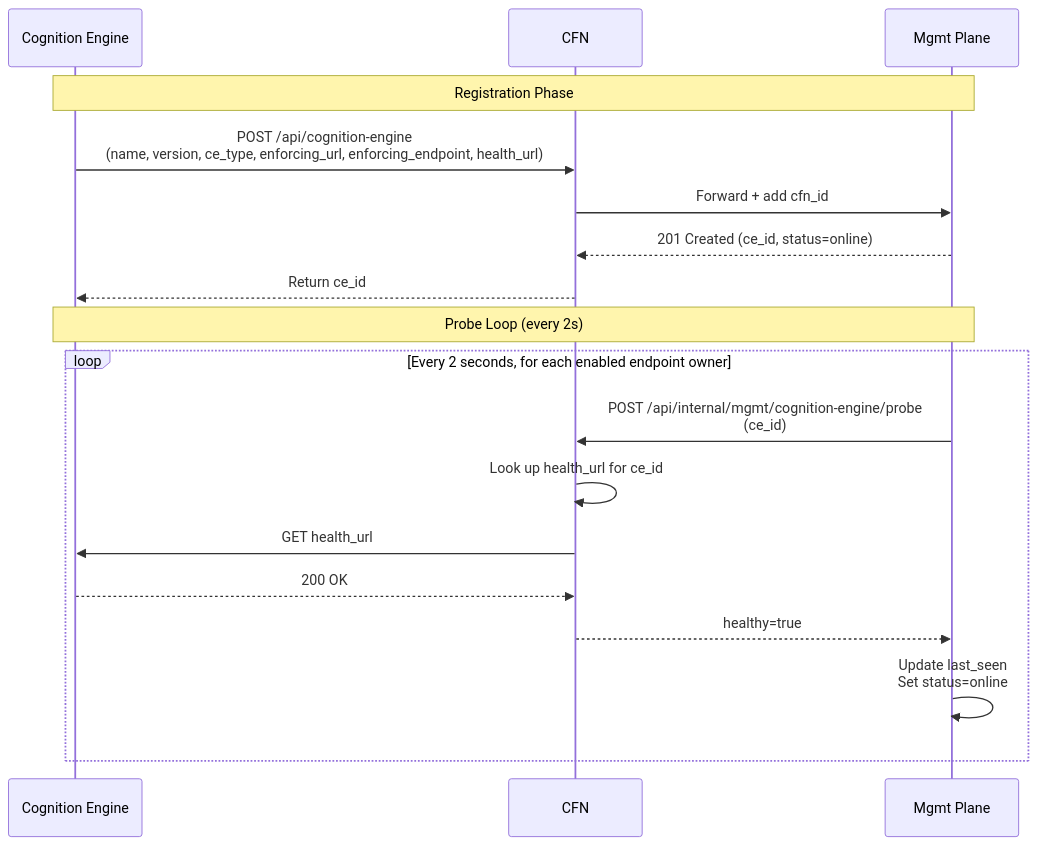
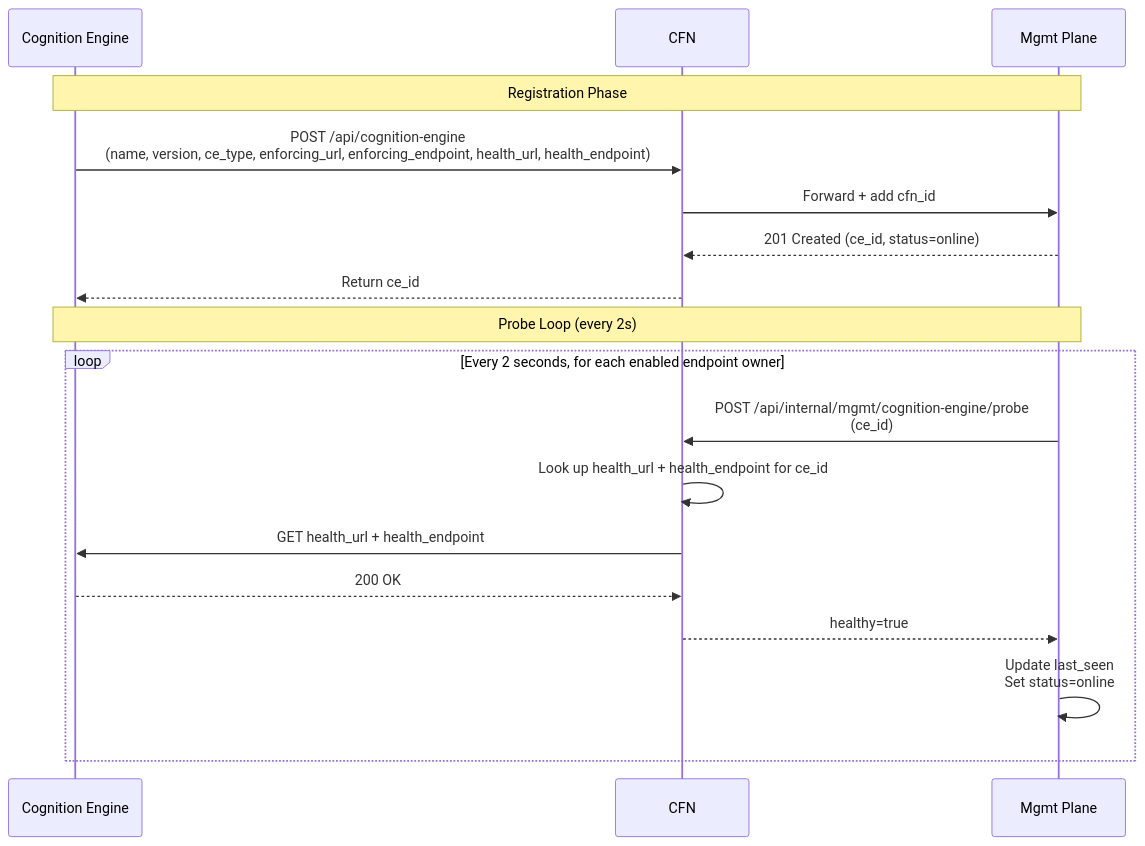
Before and after one commit to ioc-project/cognition-fabric: the first of 5 diagrams in api/ce/docs/CE-LIFECYCLE.md, drawn with Mermaid. The commit also changed other lines of this file and 3 other files, not shown here.

Commit message:
docs: align CF architecture with implemented behavior

````diff
--- a/api/ce/docs/CE-LIFECYCLE.md
+++ b/api/ce/docs/CE-LIFECYCLE.md
@@ -9,22 +9,22 @@
 ```mermaid
 sequenceDiagram
     participant CE as Cognition Engine
     participant CFN as CFN
     participant Mgmt as Mgmt Plane
 
     Note over CE,Mgmt: Registration Phase
-    CE->>CFN: POST /api/cognition-engine<br/>(name, version, ce_type, enforcing_url, enforcing_endpoint, health_url)
+    CE->>CFN: POST /api/cognition-engine<br/>(name, version, ce_type, enforcing_url, enforcing_endpoint, health_url, health_endpoint)
     CFN->>Mgmt: Forward + add cfn_id
     Mgmt-->>CFN: 201 Created (ce_id, status=online)
     CFN-->>CE: Return ce_id
 
     Note over CE,Mgmt: Probe Loop (every 2s)
     loop Every 2 seconds, for each enabled endpoint owner
         Mgmt->>CFN: POST /api/internal/mgmt/cognition-engine/probe<br/>(ce_id)
-        CFN->>CFN: Look up health_url for ce_id
-        CFN->>CE: GET health_url
+        CFN->>CFN: Look up health_url + health_endpoint for ce_id
+        CFN->>CE: GET health_url + health_endpoint
         CE-->>CFN: 200 OK
         CFN-->>Mgmt: healthy=true
         Mgmt->>Mgmt: Update last_seen<br/>Set status=online
     end
 ```
````
